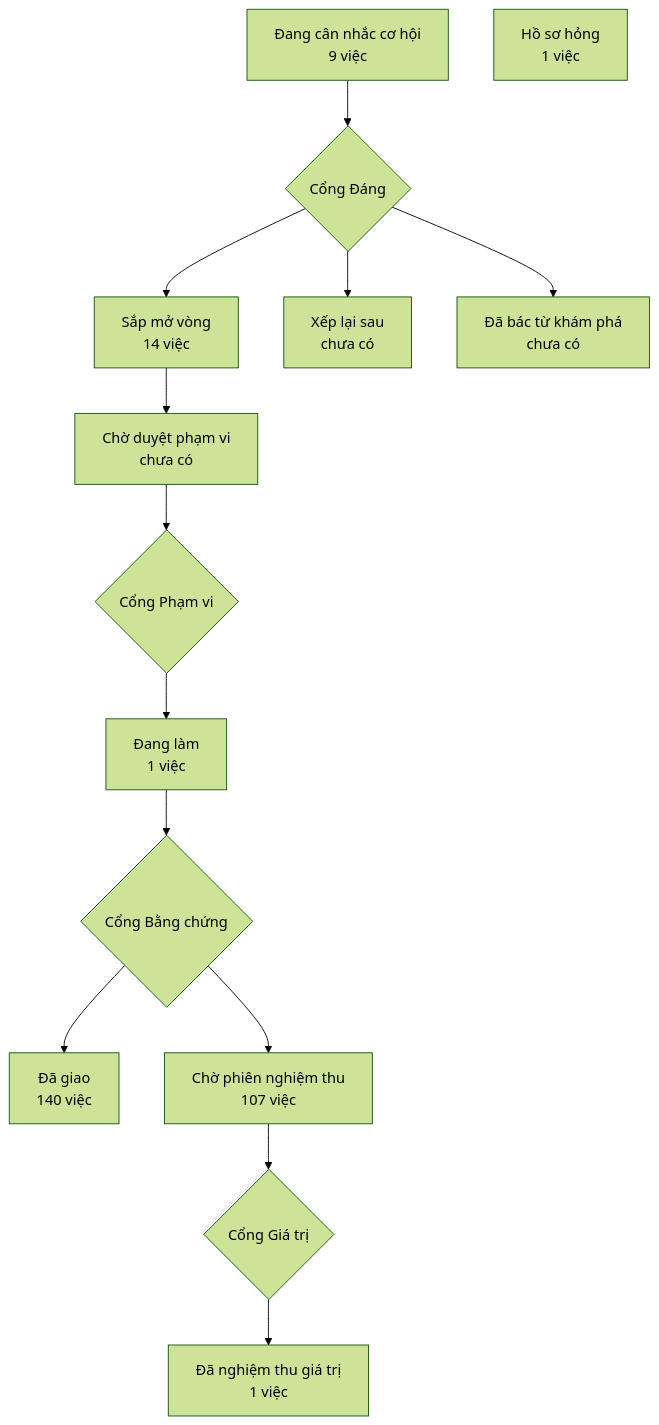
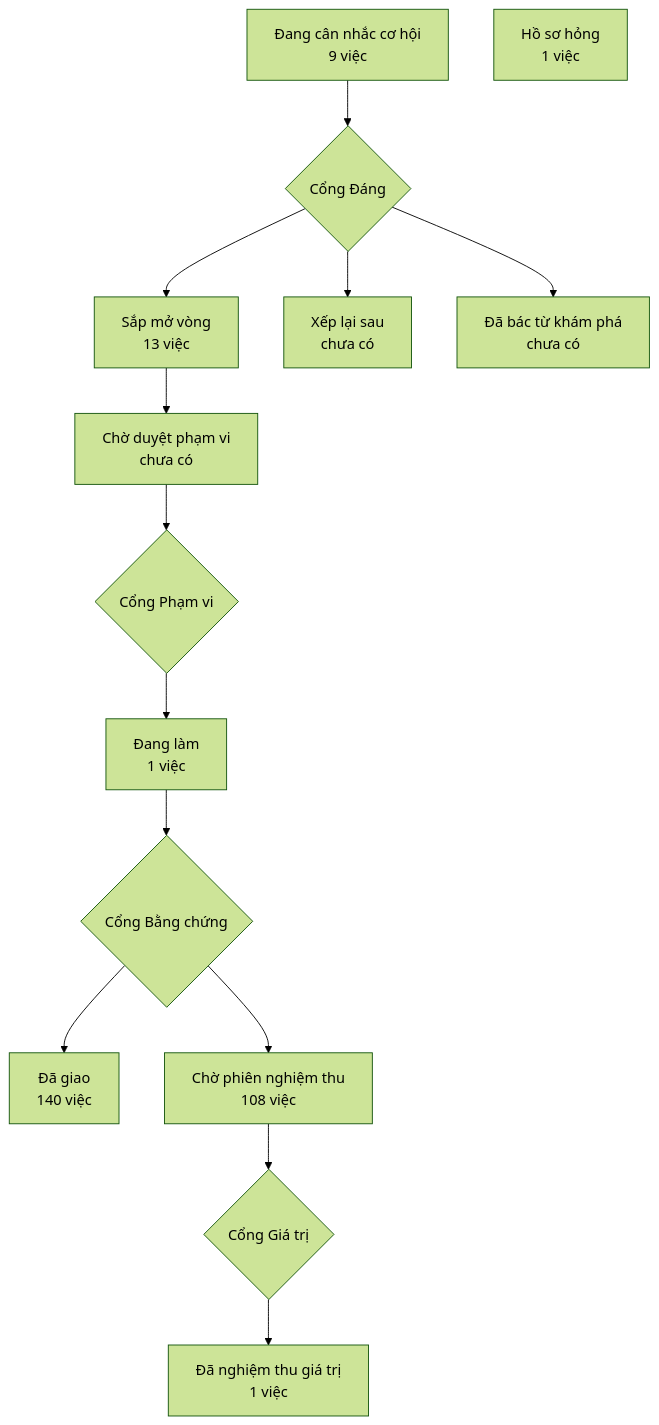
One commit to phanlemanh/crm-onehub changed the diagram in PRODUCT-MAP.md. Above: the diagram before and after it, drawn with Mermaid (forest theme). The commit also changed other lines of this file and 1 other file, not shown here.

Commit message:
chore: vẽ lại bản đồ sản phẩm trên bản sạch sau gộp onehub 2f53f8fa2 và ký tac-nhan-va

````diff
--- a/PRODUCT-MAP.md
+++ b/PRODUCT-MAP.md
@@ -7,13 +7,13 @@
 ```mermaid
 flowchart TD
   A["Đang cân nhắc cơ hội<br/>9 việc"] --> GD{"Cổng Đáng"}
-  GD --> B["Sắp mở vòng<br/>14 việc"]
+  GD --> B["Sắp mở vòng<br/>13 việc"]
   GD --> XL["Xếp lại sau<br/>chưa có"]
   GD --> DB["Đã bác từ khám phá<br/>chưa có"]
   B --> CD["Chờ duyệt phạm vi<br/>chưa có"] --> GP{"Cổng Phạm vi"}
   GP --> DL["Đang làm<br/>1 việc"] --> GB{"Cổng Bằng chứng"}
   GB --> DG["Đã giao<br/>140 việc"]
-  GB --> CN["Chờ phiên nghiệm thu<br/>107 việc"] --> GG{"Cổng Giá trị"}
+  GB --> CN["Chờ phiên nghiệm thu<br/>108 việc"] --> GG{"Cổng Giá trị"}
   GG --> NT["Đã nghiệm thu giá trị<br/>1 việc"]
   HS["Hồ sơ hỏng<br/>1 việc"]
 ```
````
